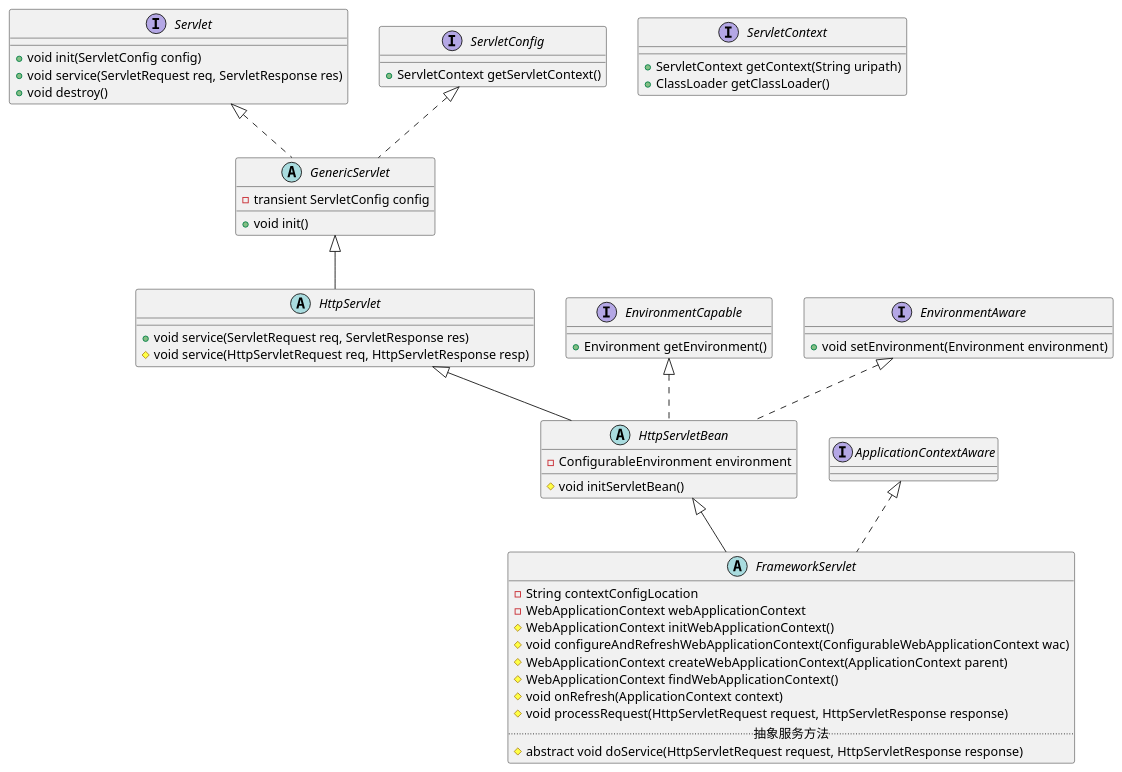
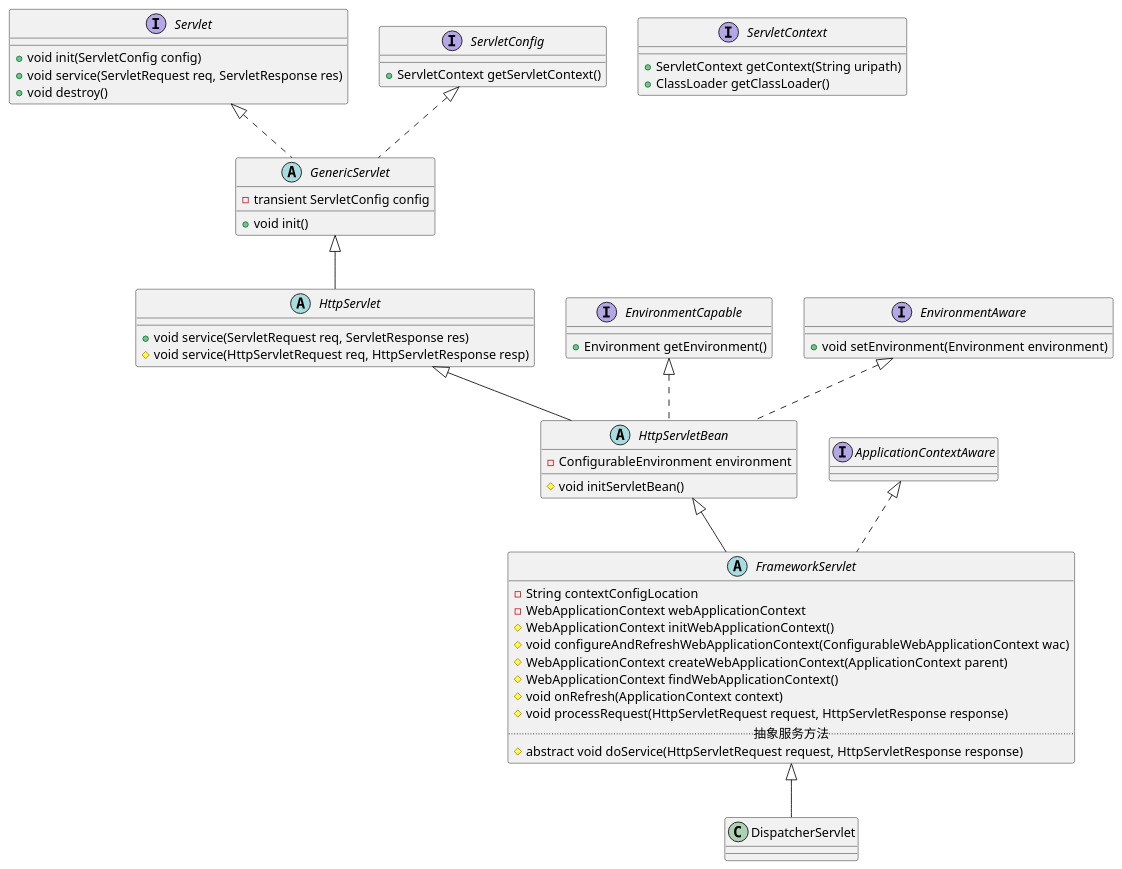
The diagram in 20-framework/src/spring/spring-webmvc/FrameworkServlet.md (onlyonion/development), drawn with PlantUML before and after one commit. The commit also changed 14 other files, not shown here.

````diff
--- a/20-framework/src/spring/spring-webmvc/FrameworkServlet.md
+++ b/20-framework/src/spring/spring-webmvc/FrameworkServlet.md
@@ -20,70 +20,72 @@
 ```plantuml
 @startuml
 
 '''''''''''''''''''''''''' servlet-api ''''''''''''''''''''''''''
 
 interface Servlet {
     + void init(ServletConfig config)
     + void service(ServletRequest req, ServletResponse res)
     + void destroy()
 }
 interface ServletConfig {
     + ServletContext getServletContext()
 }
 interface ServletContext {
     + ServletContext getContext(String uripath)
     + ClassLoader getClassLoader()
 }
 
 abstract class GenericServlet {
     - transient ServletConfig config
     + void init()
 }
 
 Servlet <|.. GenericServlet
 ServletConfig <|.. GenericServlet
 
 abstract class HttpServlet {
     + void service(ServletRequest req, ServletResponse res)
     # void service(HttpServletRequest req, HttpServletResponse resp)
 }
 GenericServlet <|-- HttpServlet
 
 
 '''''''''''''''''''''''''' spring-webmvc ''''''''''''''''''''''''''
 interface EnvironmentCapable {
     + Environment getEnvironment()
 }
 interface EnvironmentAware {
     + void setEnvironment(Environment environment)
 }
 
 abstract class HttpServletBean {
     - ConfigurableEnvironment environment
     # void initServletBean()
 }
 HttpServlet <|-- HttpServletBean
 EnvironmentCapable <|.. HttpServletBean
 EnvironmentAware <|.. HttpServletBean
 
 interface ApplicationContextAware
 
 '''''''''''''''''''''''''' 框架小服务程序 ''''''''''''''''''''''''''
 abstract class FrameworkServlet {
     - String contextConfigLocation
     - WebApplicationContext webApplicationContext
     # WebApplicationContext initWebApplicationContext()
     # void configureAndRefreshWebApplicationContext(ConfigurableWebApplicationContext wac)
     # WebApplicationContext createWebApplicationContext(ApplicationContext parent)
     # WebApplicationContext findWebApplicationContext()
     # void onRefresh(ApplicationContext context)
     # void processRequest(HttpServletRequest request, HttpServletResponse response)
     .. 抽象服务方法 ..
     # abstract void doService(HttpServletRequest request, HttpServletResponse response)
 }
 HttpServletBean <|-- FrameworkServlet
 ApplicationContextAware <|.. FrameworkServlet
 
+FrameworkServlet ^-- DispatcherServlet
+class DispatcherServlet 
 
 @enduml
 ```
````
